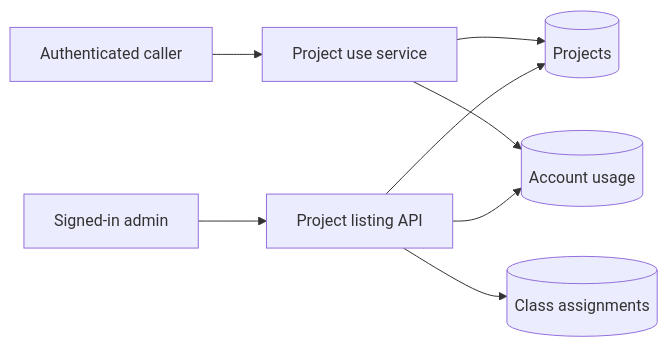
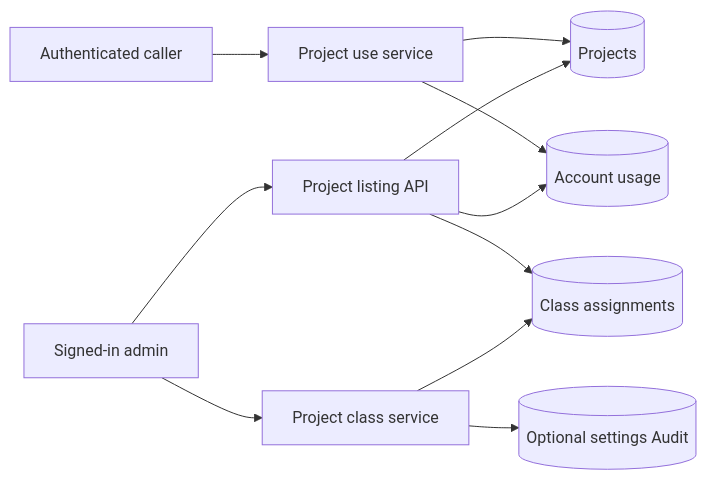
One commit to OsamaFelFel/keeplane changed the diagram in docs/architecture/projects.md. Above: the diagram before and after it, drawn with Mermaid. The commit also changed other lines of this file and 6 other files, not shown here.

````diff
--- a/docs/architecture/projects.md
+++ b/docs/architecture/projects.md
@@ -7,10 +7,13 @@
 ```mermaid
 flowchart LR
   Caller[Authenticated caller] --> Store[Project use service]
   Store --> Projects[(Projects)]
   Store --> Usage[(Account usage)]
   Admin[Signed-in admin] --> Listing[Project listing API]
   Listing --> Projects
   Listing --> Usage
   Listing --> Classes[(Class assignments)]
+  Admin --> Assignment[Project class service]
+  Assignment --> Classes
+  Assignment --> Audit[(Optional settings Audit)]
 ```
````
